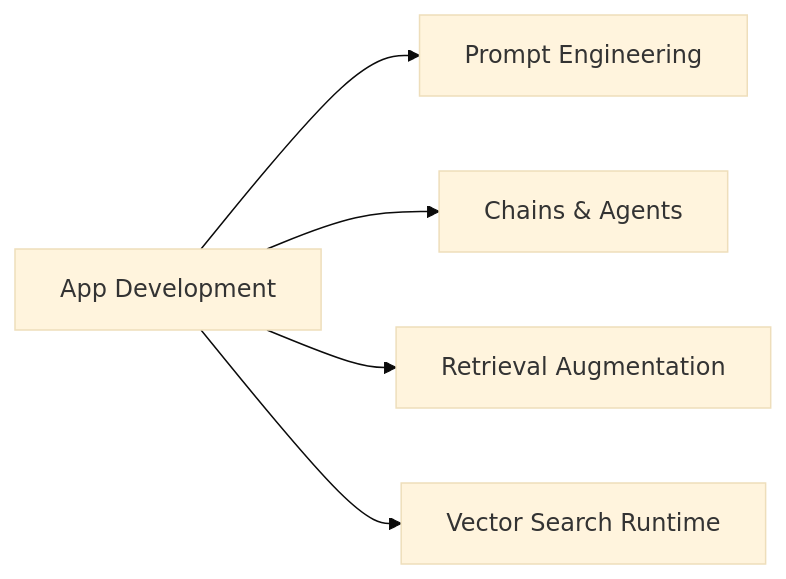
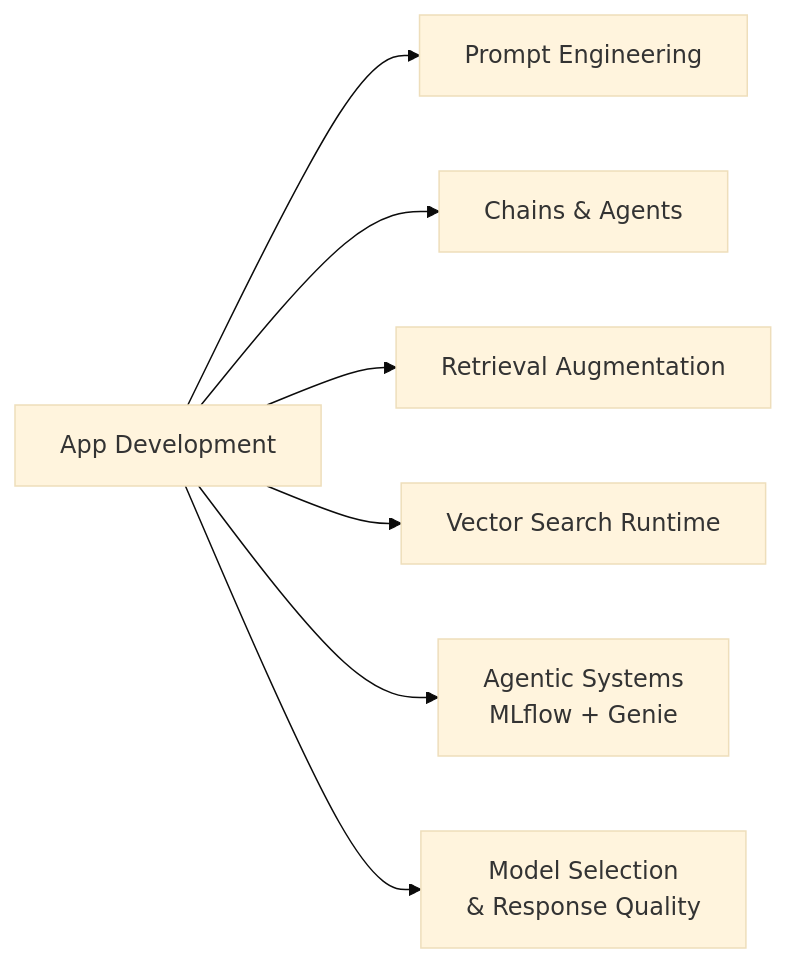
Before and after one commit to kengio/databricks-certification-study-guide: the diagram in certifications/genai-engineer-associate/01-application-development/README.md, drawn with Mermaid (base theme). The commit also changed other lines of this file and 52 other files, not shown here.

````diff
--- a/certifications/genai-engineer-associate/01-application-development/README.md
+++ b/certifications/genai-engineer-associate/01-application-development/README.md
@@ -17,7 +17,9 @@
 ```mermaid
 flowchart LR
     AD[App Development] --> PE[Prompt Engineering]
     AD --> CA[Chains & Agents]
     AD --> RA[Retrieval Augmentation]
     AD --> VR[Vector Search Runtime]
+    AD --> AG[Agentic Systems<br/>MLflow + Genie]
+    AD --> MS[Model Selection<br/>& Response Quality]
 ```
````
